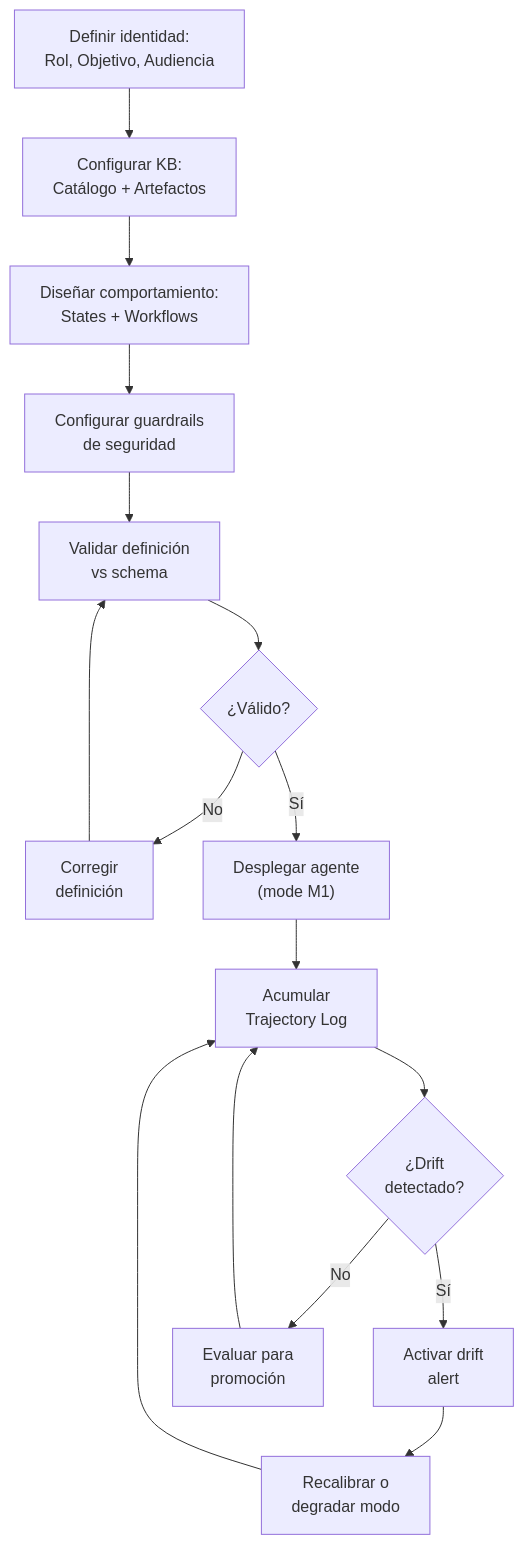
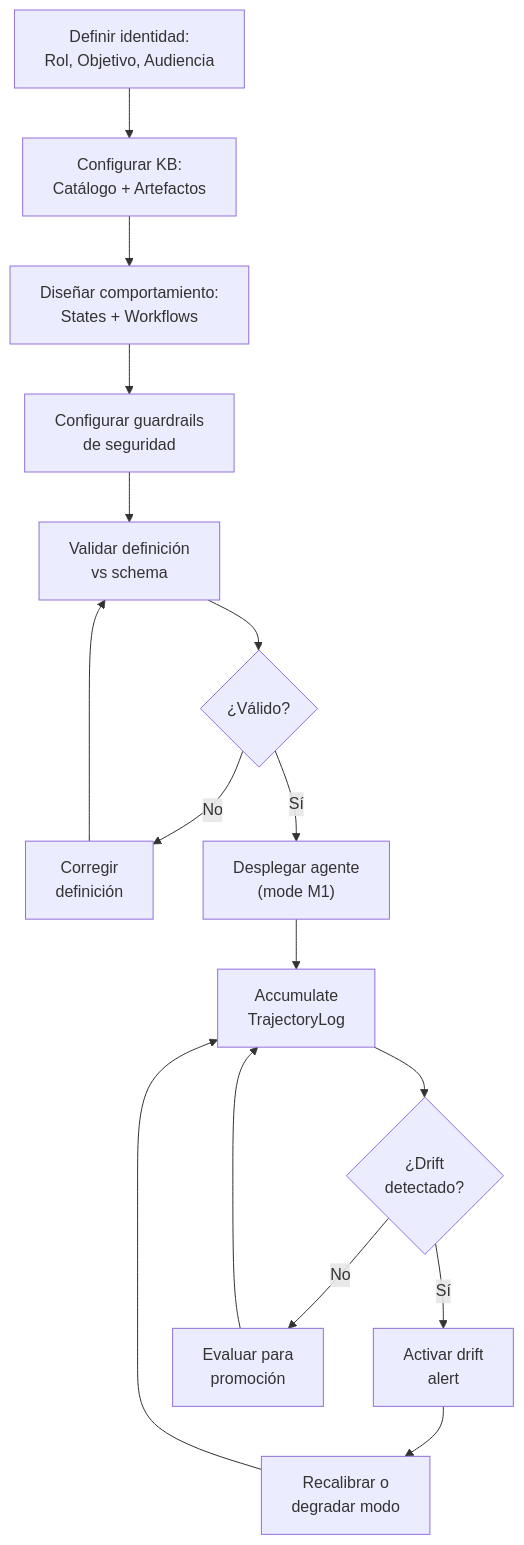
One commit to felix-antonio-sl/gore_os changed the eighth of 8 diagrams in docs/blueprint/domains/domain_d-evol.md. Above: the diagram before and after it, drawn with Mermaid. The commit also changed other lines of this file and 26 other files, not shown here.

````diff
--- a/docs/blueprint/domains/domain_d-evol.md
+++ b/docs/blueprint/domains/domain_d-evol.md
@@ -366,18 +481,18 @@
 ```mermaid
 flowchart TD
     A["Definir identidad:<br/>Rol, Objetivo, Audiencia"] --> B["Configurar KB:<br/>Catálogo + Artefactos"]
     B --> C["Diseñar comportamiento:<br/>States + Workflows"]
     C --> D["Configurar guardrails<br/>de seguridad"]
     D --> E["Validar definición<br/>vs schema"]
     E --> F{"¿Válido?"}
     F -->|"No"| G["Corregir<br/>definición"]
     G --> E
     F -->|"Sí"| H["Desplegar agente<br/>(mode M1)"]
-    H --> I["Acumular<br/>Trajectory Log"]
+    H --> I["Accumulate<br/>TrajectoryLog"]
     I --> J{"¿Drift<br/>detectado?"}
     J -->|"Sí"| K["Activar drift<br/>alert"]
     K --> L["Recalibrar o<br/>degradar modo"]
     J -->|"No"| M["Evaluar para<br/>promoción"]
     M --> I
     L --> I
 ```
````
